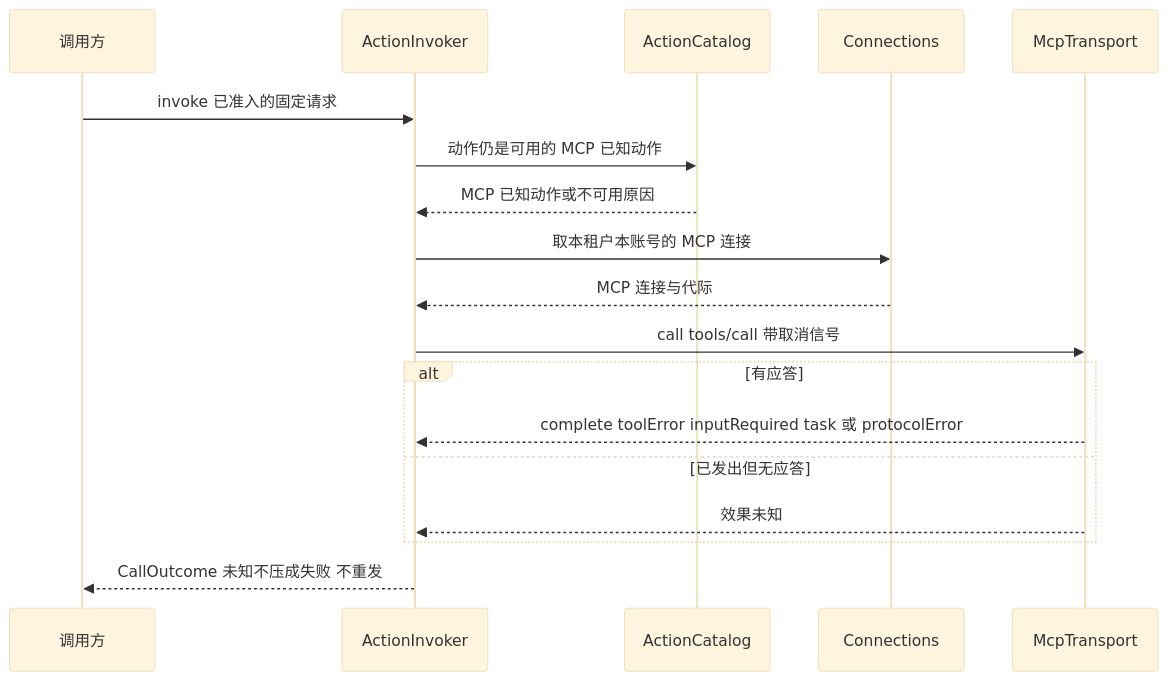
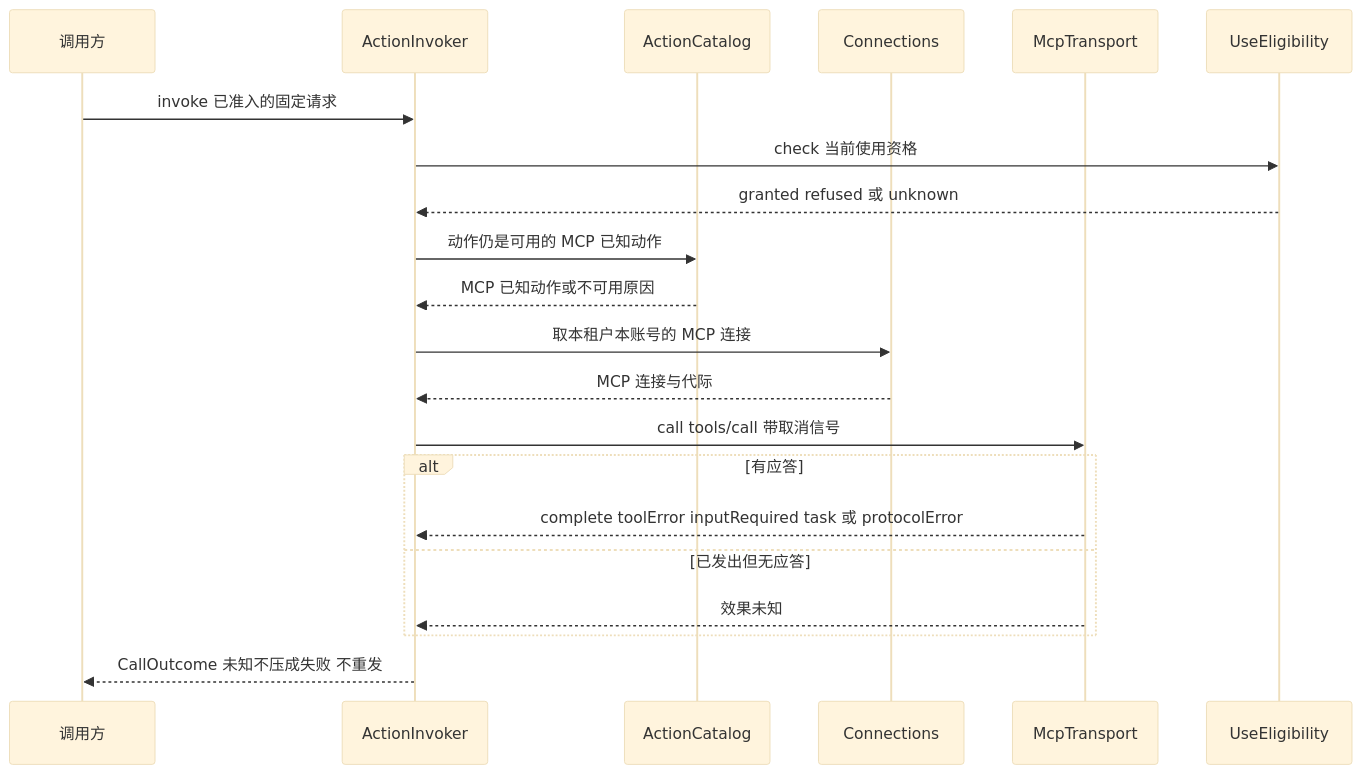
One commit to nemori-ai/omne-harness-lite changed the third of 3 diagrams in packages/mcp/docs/key-flows.md. Above: the diagram before and after it, drawn with Mermaid (base theme). The commit also changed other lines of this file and 6 other files, not shown here.

````diff
--- a/packages/mcp/docs/key-flows.md
+++ b/packages/mcp/docs/key-flows.md
@@ -76,20 +87,23 @@
 ```mermaid
 sequenceDiagram
     participant T as 调用方
     participant I as ActionInvoker
     participant K as ActionCatalog
     participant N as Connections
     participant R as McpTransport
+    participant E as UseEligibility
     T->>I: invoke 已准入的固定请求
+    I->>E: check 当前使用资格
+    E-->>I: granted refused 或 unknown
     I->>K: 动作仍是可用的 MCP 已知动作
     K-->>I: MCP 已知动作或不可用原因
     I->>N: 取本租户本账号的 MCP 连接
     N-->>I: MCP 连接与代际
     I->>R: call tools/call 带取消信号
     alt 有应答
         R-->>I: complete toolError inputRequired task 或 protocolError
     else 已发出但无应答
         R-->>I: 效果未知
     end
     I-->>T: CallOutcome 未知不压成失败 不重发
 ```
````
